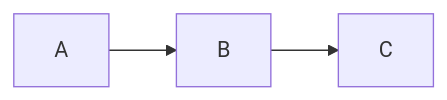
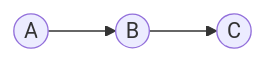
One commit to laurenceomfoisy/laurenceoliviermfoisy changed diagram 18 of 39 in presentation_goa/index.qmd. Above: the diagram before and after it, drawn with Mermaid. The commit also changed other lines of this file and 1 other file, not shown here.

````diff
--- a/presentation_goa/index.qmd
+++ b/presentation_goa/index.qmd
@@ -275,8 +270,8 @@
 ```{mermaid}
 
 %%{init: {'flowchart' : {'curve' : 'linear'}}}%%
 
 flowchart LR;
-    A --> B;
-    B --> C;
+    A((A)) --> B((B));
+    B --> C((C));
 ```
````
